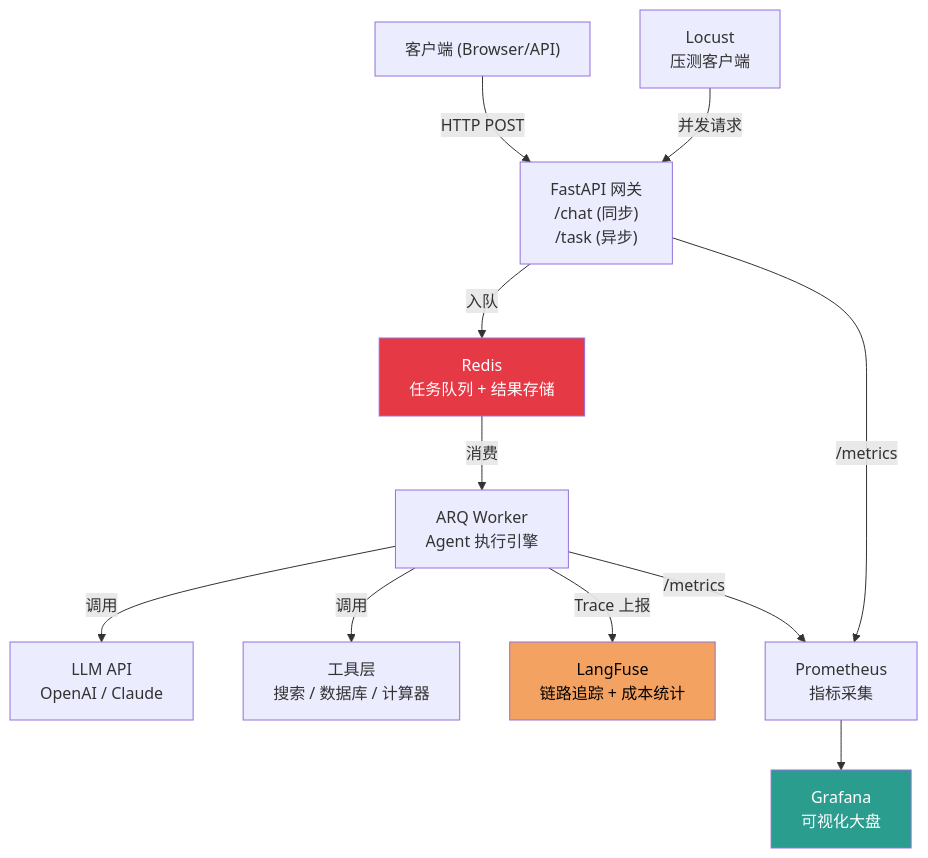
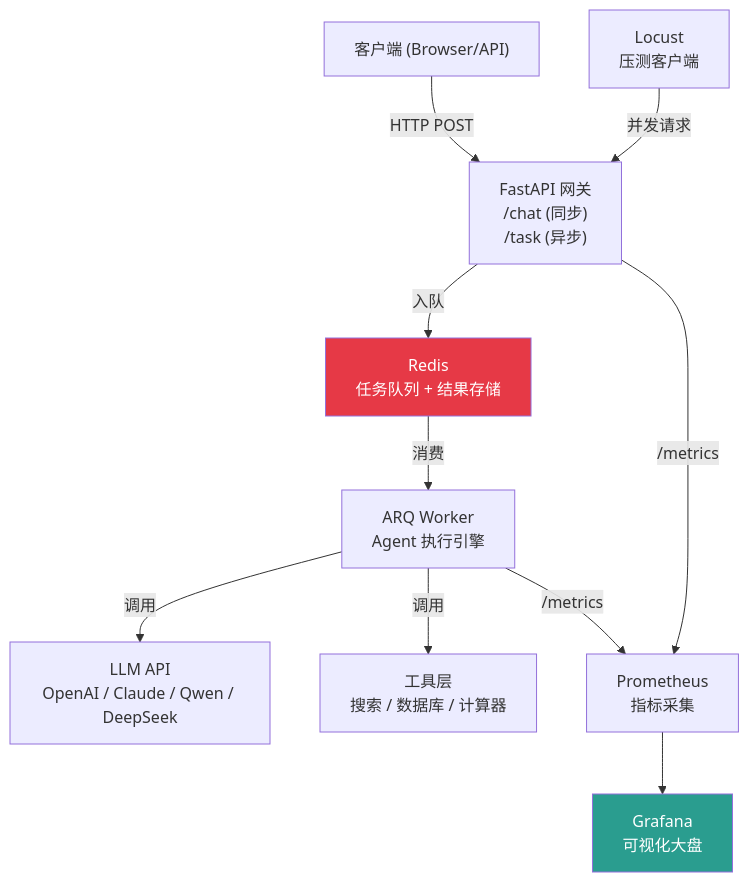
One commit to swf2020/AI-Agent-in-Practice changed the diagram in docs/AI Agent 与大模型应用开发实战手册/第六章 生产级落地关键技术/6.6 【动手】构建带监控的生产级 Agent 服务.md. Above: the diagram before and after it, drawn with Mermaid. The commit also changed other lines of this file and 40 other files, not shown here.

````diff
--- a/docs/AI Agent 与大模型应用开发实战手册/第六章 生产级落地关键技术/6.6 【动手】构建带监控的生产级 Agent 服务.md
+++ b/docs/AI Agent 与大模型应用开发实战手册/第六章 生产级落地关键技术/6.6 【动手】构建带监控的生产级 Agent 服务.md
@@ -16,28 +16,25 @@
 ```mermaid
 graph TD
     Client["客户端 (Browser/API)"]
     GW["FastAPI 网关\n/chat (同步)\n/task (异步)"]
     Worker["ARQ Worker\nAgent 执行引擎"]
     Redis["Redis\n任务队列 + 结果存储"]
-    LLM["LLM API\nOpenAI / Claude"]
+    LLM["LLM API\nOpenAI / Claude / Qwen / DeepSeek"]
     Tools["工具层\n搜索 / 数据库 / 计算器"]
-    LF["LangFuse\n链路追踪 + 成本统计"]
     Prom["Prometheus\n指标采集"]
     Graf["Grafana\n可视化大盘"]
     Locust["Locust\n压测客户端"]
 
     Client -->|HTTP POST| GW
     GW -->|入队| Redis
     Redis -->|消费| Worker
     Worker -->|调用| LLM
     Worker -->|调用| Tools
-    Worker -->|Trace 上报| LF
     GW -->|/metrics| Prom
     Worker -->|/metrics| Prom
     Prom --> Graf
     Locust -->|并发请求| GW
 
-    style LF fill:#f4a261,color:#000
     style Graf fill:#2a9d8f,color:#fff
     style Redis fill:#e63946,color:#fff
 ```
````
